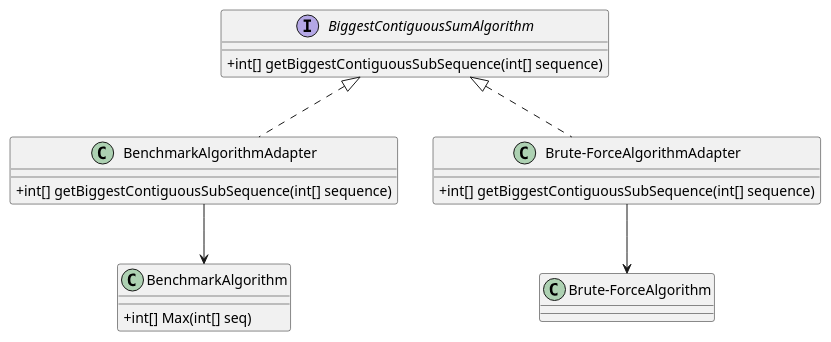
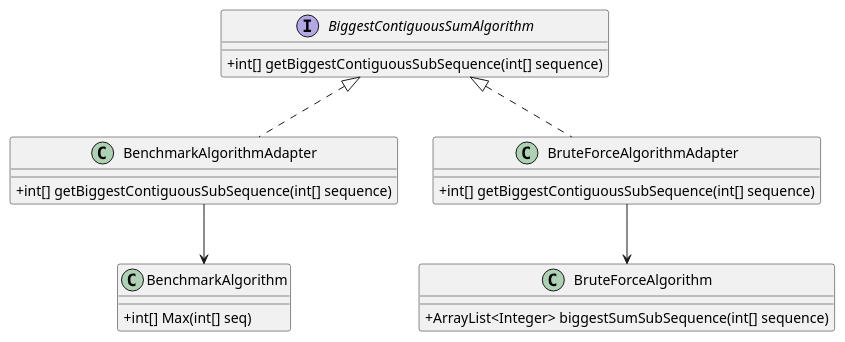
Before and after one commit to MadDinosaur/ISEP-LAPR2: the diagram in docs/SprintD/US16/US16_CD.puml, drawn with PlantUML. The commit also changed 4 other files, not shown here.

Commit message:
US16: added an interface for the adapters; added the algorithms and their respective adapters; made a small fix on the class diagram.

```diff
--- a/docs/SprintD/US16/US16_CD.puml
+++ b/docs/SprintD/US16/US16_CD.puml
@@ -1,27 +1,29 @@
 @startuml
 
 skinparam classAttributeIconSize 0
 
 interface BiggestContiguousSumAlgorithm {
 +int[] getBiggestContiguousSubSequence(int[] sequence)
 }
 
 class "BenchmarkAlgorithmAdapter" {
 +int[] getBiggestContiguousSubSequence(int[] sequence)
 }
 
-class "Brute-ForceAlgorithmAdapter" {
+class "BruteForceAlgorithmAdapter" {
 +int[] getBiggestContiguousSubSequence(int[] sequence)
 }
 
 class "BenchmarkAlgorithm" {
 +int[] Max(int[] seq)
 }
 
-class "Brute-ForceAlgorithm"
+class "BruteForceAlgorithm" {
++ArrayList<Integer> biggestSumSubSequence(int[] sequence)
+}
 
 "BenchmarkAlgorithmAdapter" ..up|> BiggestContiguousSumAlgorithm
-"Brute-ForceAlgorithmAdapter" ..up|> BiggestContiguousSumAlgorithm
+"BruteForceAlgorithmAdapter" ..up|> BiggestContiguousSumAlgorithm
 "BenchmarkAlgorithmAdapter" --down> "BenchmarkAlgorithm"
-"Brute-ForceAlgorithmAdapter" --down> "Brute-ForceAlgorithm"
+"BruteForceAlgorithmAdapter" --down> "BruteForceAlgorithm"
 @enduml
```
